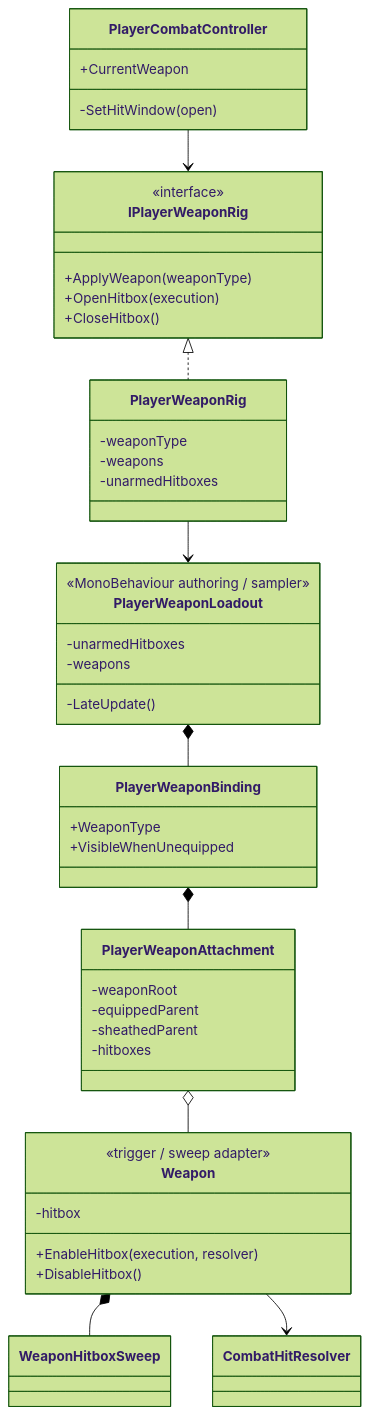
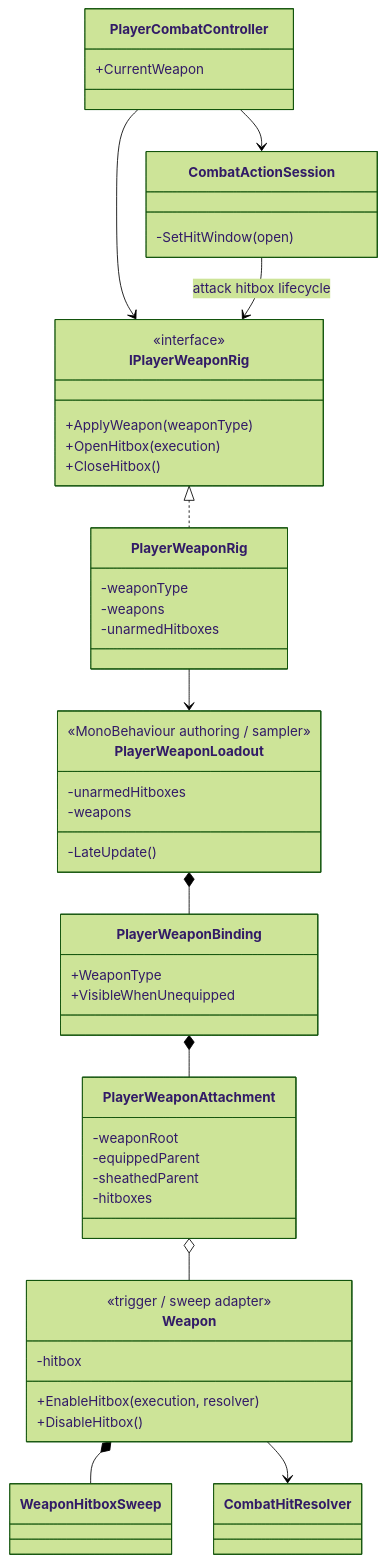
Before and after one commit to MaximFonariuc/project-s: the diagram in Docs/Architecture/Combat.WeaponLoadout.md, drawn with Mermaid (forest theme). The commit also changed 12 other files, not shown here.

Commit message:
refactor(combat): own attack lifecycle in session

````diff
--- a/Docs/Architecture/Combat.WeaponLoadout.md
+++ b/Docs/Architecture/Combat.WeaponLoadout.md
@@ -16,51 +16,55 @@
 ```mermaid
 classDiagram
     class PlayerCombatController {
         +CurrentWeapon
+    }
+    class CombatActionSession {
         -SetHitWindow(open)
     }
     class IPlayerWeaponRig {
         <<interface>>
         +ApplyWeapon(weaponType)
         +OpenHitbox(execution)
         +CloseHitbox()
     }
     class PlayerWeaponRig {
         -weaponType
         -weapons
         -unarmedHitboxes
     }
     class PlayerWeaponLoadout {
         <<MonoBehaviour authoring / sampler>>
         -unarmedHitboxes
         -weapons
         -LateUpdate()
     }
     class PlayerWeaponBinding {
         +WeaponType
         +VisibleWhenUnequipped
     }
     class PlayerWeaponAttachment {
         -weaponRoot
         -equippedParent
         -sheathedParent
         -hitboxes
     }
     class Weapon {
         <<trigger / sweep adapter>>
         -hitbox
         +EnableHitbox(execution, resolver)
         +DisableHitbox()
     }
     class WeaponHitboxSweep
     class CombatHitResolver
 
     PlayerCombatController --> IPlayerWeaponRig
+    PlayerCombatController --> CombatActionSession
+    CombatActionSession --> IPlayerWeaponRig : attack hitbox lifecycle
     IPlayerWeaponRig <|.. PlayerWeaponRig
     PlayerWeaponRig --> PlayerWeaponLoadout
     PlayerWeaponLoadout *-- PlayerWeaponBinding
     PlayerWeaponBinding *-- PlayerWeaponAttachment
     PlayerWeaponAttachment o-- Weapon
     Weapon *-- WeaponHitboxSweep
     Weapon --> CombatHitResolver
 ```
````
